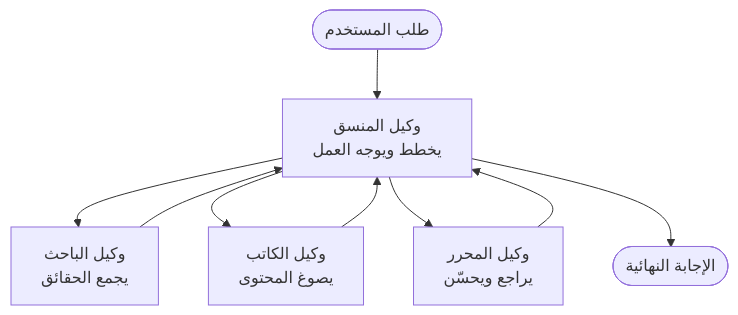
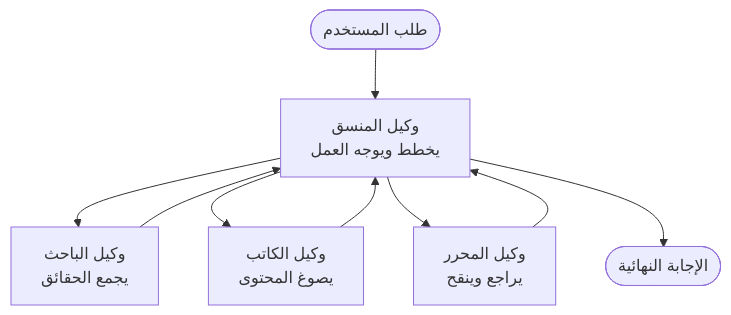
Before and after one commit to microsoft/AZD-for-beginners: the diagram in translations/ar/docs/chapter-05-multi-agent/multi-agent-basics.md, drawn with Mermaid. The commit also changed other lines of this file and 59 other files, not shown here.

````diff
--- a/translations/ar/docs/chapter-05-multi-agent/multi-agent-basics.md
+++ b/translations/ar/docs/chapter-05-multi-agent/multi-agent-basics.md
@@ -43,11 +43,11 @@
 ```mermaid
 graph TD
     User([طلب المستخدم]) --> Orchestrator[وكيل المنسق<br/>يخطط ويوجه العمل]
     Orchestrator --> Researcher[وكيل الباحث<br/>يجمع الحقائق]
     Orchestrator --> Writer[وكيل الكاتب<br/>يصوغ المحتوى]
-    Orchestrator --> Editor[وكيل المحرر<br/>يراجع ويحسّن]
+    Orchestrator --> Editor[وكيل المحرر<br/>يراجع وينقح]
     Researcher --> Orchestrator
     Writer --> Orchestrator
     Editor --> Orchestrator
     Orchestrator --> Result([الإجابة النهائية])
 ```
````
